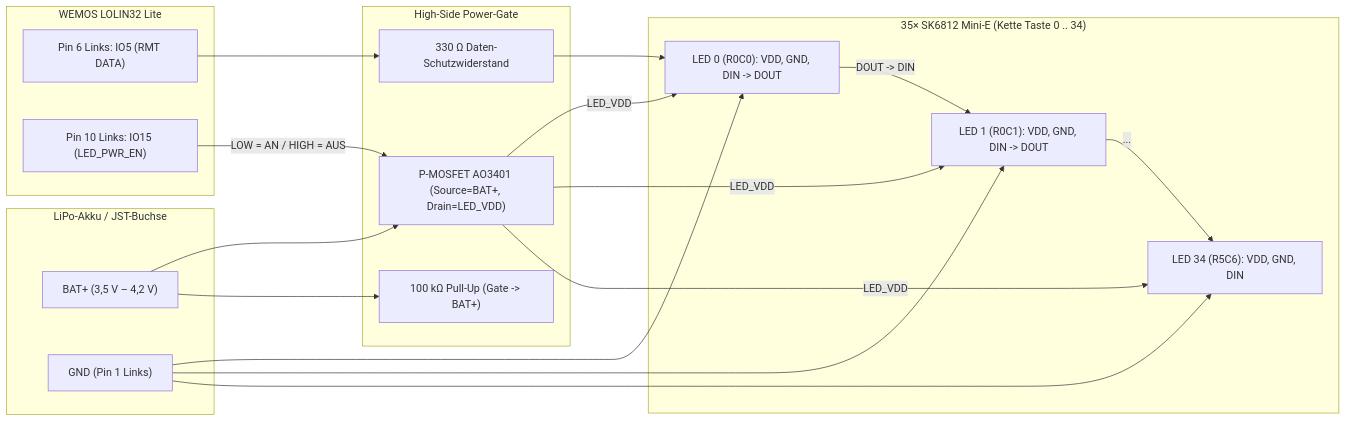
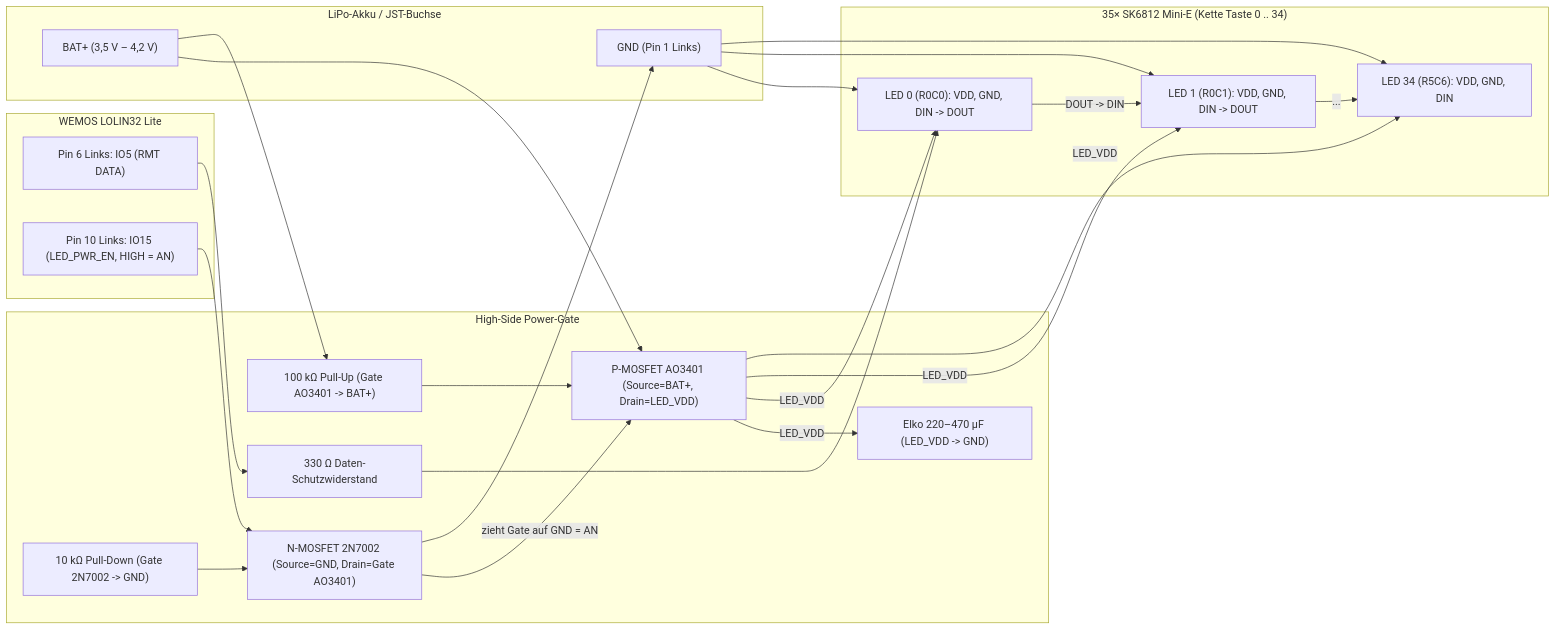
Before and after one commit to maorun/dactyl-configurator: the first of 2 diagrams in docs/rgb_led_plan.md, drawn with Mermaid. The commit also changed other lines of this file, not shown here.

First line of the commit message:
Add LED parts list and fix the power gate in the RGB plan (#54)

````diff
--- a/docs/rgb_led_plan.md
+++ b/docs/rgb_led_plan.md
@@ -117,37 +134,45 @@
 ```mermaid
 flowchart LR
   subgraph LIPO["LiPo-Akku / JST-Buchse"]
     VBAT["BAT+ (3,5 V – 4,2 V)"]
     GND["GND (Pin 1 Links)"]
   end
 
   subgraph ESP32["WEMOS LOLIN32 Lite"]
     IO5["Pin 6 Links: IO5 (RMT DATA)"]
-    IO15["Pin 10 Links: IO15 (LED_PWR_EN)"]
+    IO15["Pin 10 Links: IO15 (LED_PWR_EN, HIGH = AN)"]
   end
 
   subgraph GATE["High-Side Power-Gate"]
+    NMOS["N-MOSFET 2N7002 (Source=GND, Drain=Gate AO3401)"]
+    RPD["10 kΩ Pull-Down (Gate 2N7002 -> GND)"]
     PMOS["P-MOSFET AO3401 (Source=BAT+, Drain=LED_VDD)"]
-    RPU["100 kΩ Pull-Up (Gate -> BAT+)"]
+    RPU["100 kΩ Pull-Up (Gate AO3401 -> BAT+)"]
+    CBULK["Elko 220–470 µF (LED_VDD -> GND)"]
     RD["330 Ω Daten-Schutzwiderstand"]
   end
 
   subgraph CHAIN["35× SK6812 Mini-E (Kette Taste 0 .. 34)"]
     L0["LED 0 (R0C0): VDD, GND, DIN -> DOUT"]
     L1["LED 1 (R0C1): VDD, GND, DIN -> DOUT"]
     L34["LED 34 (R5C6): VDD, GND, DIN"]
   end
 
   VBAT --> PMOS
   VBAT --> RPU
-  IO15 -->|LOW = AN / HIGH = AUS| PMOS
+  RPU --> PMOS
+  IO15 --> NMOS
+  RPD --> NMOS
+  NMOS -->|zieht Gate auf GND = AN| PMOS
+  NMOS --> GND
+  PMOS -->|LED_VDD| CBULK
   PMOS -->|LED_VDD| L0
   PMOS -->|LED_VDD| L1
   PMOS -->|LED_VDD| L34
   GND --> L0
   GND --> L1
   GND --> L34
   IO5 --> RD --> L0
   L0 -->|DOUT -> DIN| L1
   L1 -->|...| L34
 ```
````
